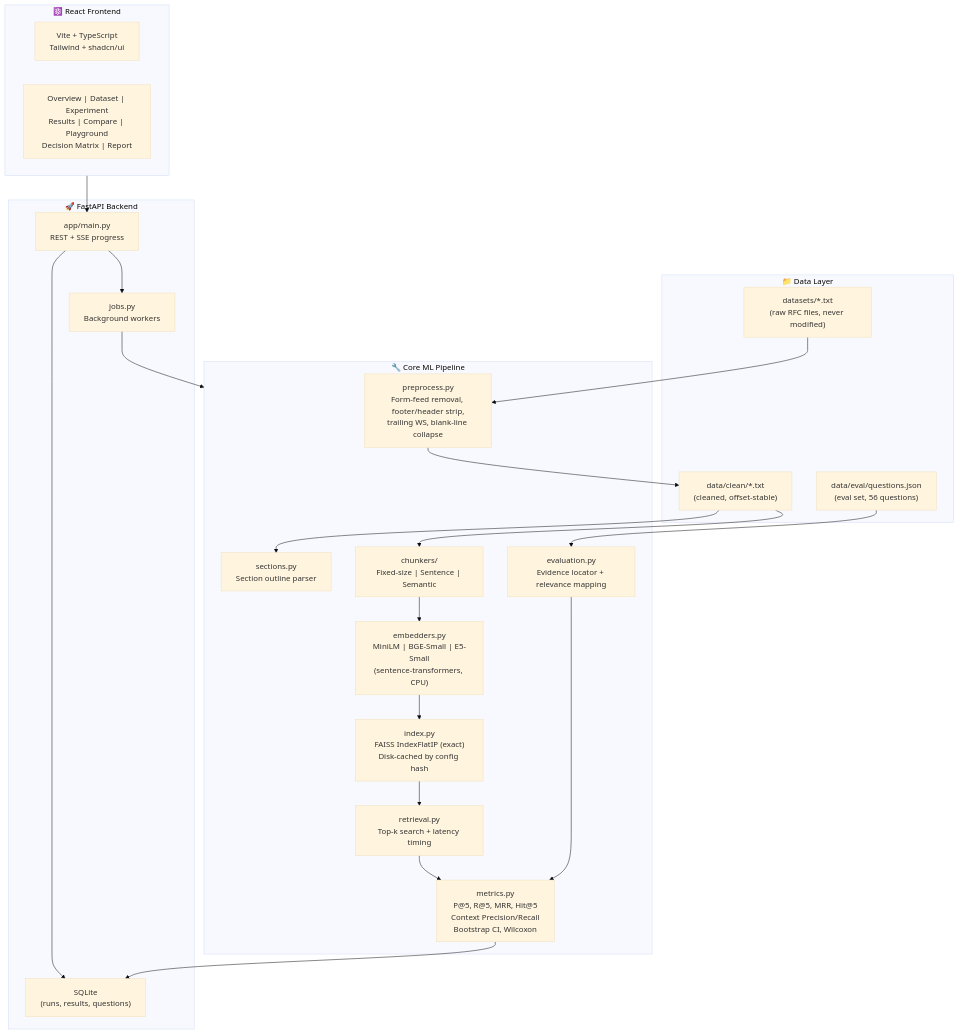
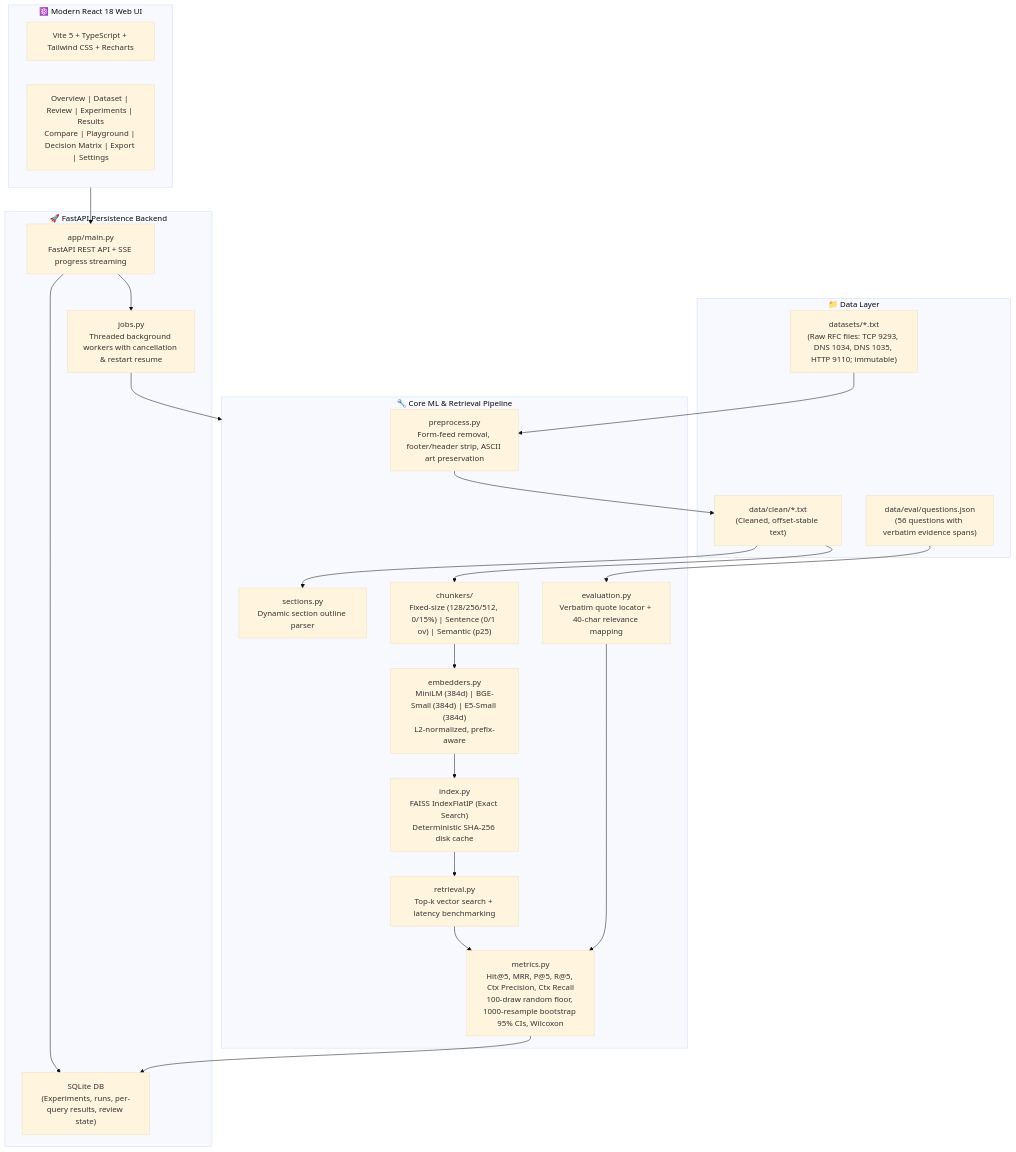
The diagram in README.md (Prathyush172/RAG-chunking-embedding-analysis), drawn with Mermaid (base theme) before and after one commit. The commit also changed other lines of this file and 40 other files, not shown here.

````diff
--- a/README.md
+++ b/README.md
@@ -28,42 +20,42 @@
 ```mermaid
 flowchart TD
     subgraph Data["📁 Data Layer"]
-        RAW["datasets/*.txt\n(raw RFC files, never modified)"]
-        CLEAN["data/clean/*.txt\n(cleaned, offset-stable)"]
-        EVAL["data/eval/questions.json\n(eval set, 56 questions)"]
+        RAW["datasets/*.txt\n(Raw RFC files: TCP 9293, DNS 1034, DNS 1035, HTTP 9110; immutable)"]
+        CLEAN["data/clean/*.txt\n(Cleaned, offset-stable text)"]
+        EVAL["data/eval/questions.json\n(56 questions with verbatim evidence spans)"]
     end
 
-    subgraph Core["🔧 Core ML Pipeline"]
-        PP["preprocess.py\nForm-feed removal, footer/header strip,\ntrailing WS, blank-line collapse"]
-        SEC["sections.py\nSection outline parser"]
-        CHUNK["chunkers/\nFixed-size | Sentence | Semantic"]
-        EMB["embedders.py\nMiniLM | BGE-Small | E5-Small\n(sentence-transformers, CPU)"]
-        IDX["index.py\nFAISS IndexFlatIP (exact)\nDisk-cached by config hash"]
-        RET["retrieval.py\nTop-k search + latency timing"]
-        EVAL_MOD["evaluation.py\nEvidence locator + relevance mapping"]
-        METRICS["metrics.py\nP@5, R@5, MRR, Hit@5\nContext Precision/Recall\nBootstrap CI, Wilcoxon"]
+    subgraph Core["🔧 Core ML & Retrieval Pipeline"]
+        PP["preprocess.py\nForm-feed removal, footer/header strip, ASCII art preservation"]
+        SEC["sections.py\nDynamic section outline parser"]
+        CHUNK["chunkers/\nFixed-size (128/256/512, 0/15%) | Sentence (0/1 ov) | Semantic (p25)"]
+        EMB["embedders.py\nMiniLM (384d) | BGE-Small (384d) | E5-Small (384d)\nL2-normalized, prefix-aware"]
+        IDX["index.py\nFAISS IndexFlatIP (Exact Search)\nDeterministic SHA-256 disk cache"]
+        RET["retrieval.py\nTop-k vector search + latency benchmarking"]
+        EVAL_MOD["evaluation.py\nVerbatim quote locator + 40-char relevance mapping"]
+        METRICS["metrics.py\nHit@5, MRR, P@5, R@5, Ctx Precision, Ctx Recall\n100-draw random floor, 1000-resample bootstrap 95% CIs, Wilcoxon"]
     end
 
-    subgraph Backend["🚀 FastAPI Backend"]
-        API["app/main.py\nREST + SSE progress"]
-        DB["SQLite\n(runs, results, questions)"]
-        JOBS["jobs.py\nBackground workers"]
+    subgraph Backend["🚀 FastAPI Persistence Backend"]
+        API["app/main.py\nFastAPI REST API + SSE progress streaming"]
+        DB["SQLite DB\n(Experiments, runs, per-query results, review state)"]
+        JOBS["jobs.py\nThreaded background workers with cancellation & restart resume"]
     end
 
-    subgraph Frontend["⚛️ React Frontend"]
-        UI["Vite + TypeScript\nTailwind + shadcn/ui"]
-        PAGES["Overview | Dataset | Experiment\nResults | Compare | Playground\nDecision Matrix | Report"]
+    subgraph Frontend["⚛️ Modern React 18 Web UI"]
+        UI["Vite 5 + TypeScript + Tailwind CSS + Recharts"]
+        PAGES["Overview | Dataset | Review | Experiments | Results\nCompare | Playground | Decision Matrix | Export | Settings"]
     end
 
     RAW --> PP --> CLEAN
     CLEAN --> SEC
     CLEAN --> CHUNK
     CHUNK --> EMB --> IDX --> RET
     EVAL --> EVAL_MOD --> METRICS
     RET --> METRICS
     METRICS --> DB
     API --> DB
     API --> JOBS
     JOBS --> Core
     Frontend --> API
 ```
````
